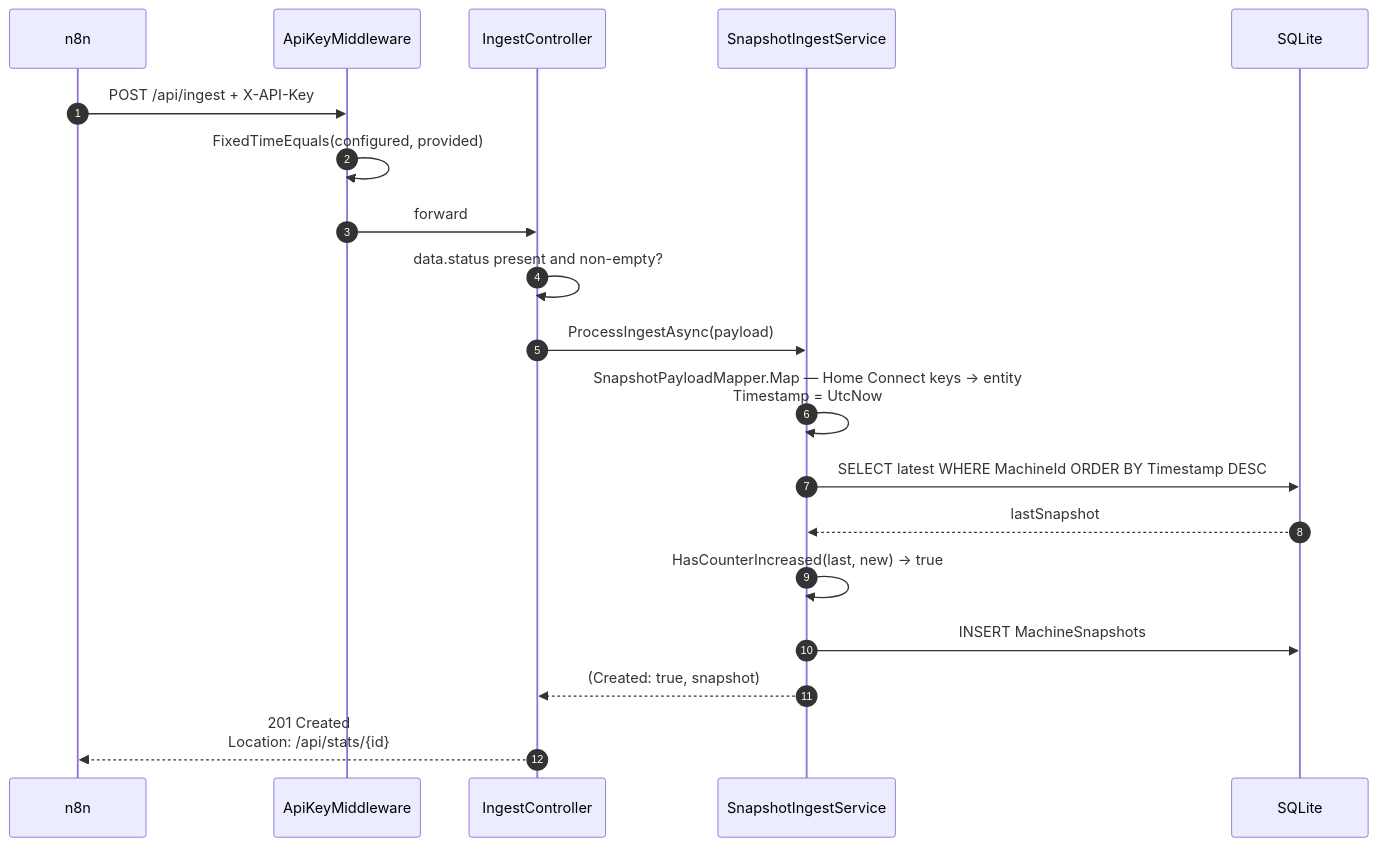
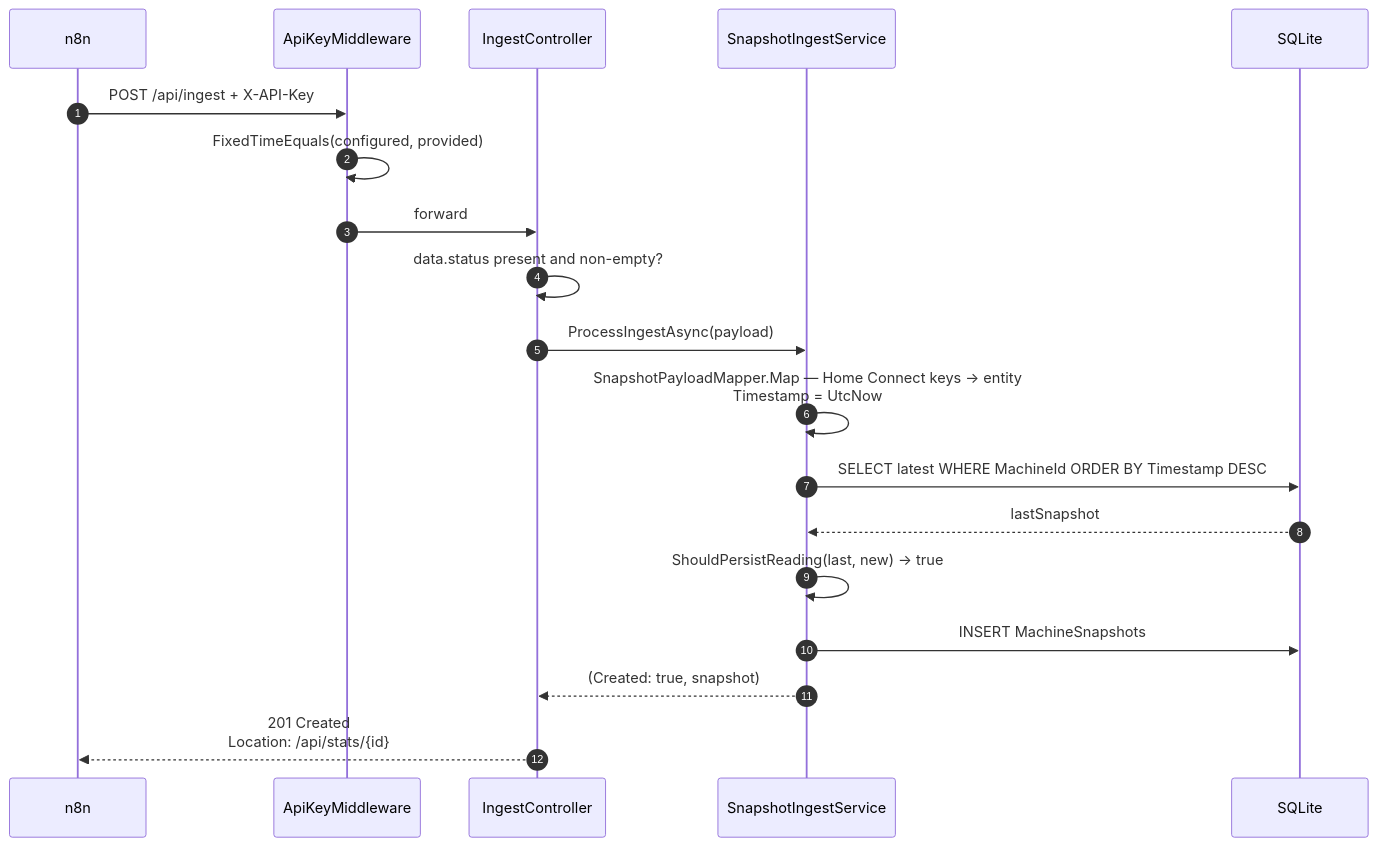
Before and after one commit to Gereon93/coffee: the first of 7 diagrams in doc/arc42/06-runtime.md, drawn with Mermaid. The commit also changed other lines of this file and 23 other files, not shown here.

````diff
--- a/doc/arc42/06-runtime.md
+++ b/doc/arc42/06-runtime.md
@@ -8,22 +8,22 @@
 ```mermaid
 sequenceDiagram
     autonumber
     participant N as n8n
     participant MW as ApiKeyMiddleware
     participant C as IngestController
     participant S as SnapshotIngestService
     participant DB as SQLite
 
     N->>MW: POST /api/ingest + X-API-Key
     MW->>MW: FixedTimeEquals(configured, provided)
     MW->>C: forward
     C->>C: data.status present and non-empty?
     C->>S: ProcessIngestAsync(payload)
     S->>S: SnapshotPayloadMapper.Map — Home Connect keys → entity<br/>Timestamp = UtcNow
     S->>DB: SELECT latest WHERE MachineId ORDER BY Timestamp DESC
     DB-->>S: lastSnapshot
-    S->>S: HasCounterIncreased(last, new) → true
+    S->>S: ShouldPersistReading(last, new) → true
     S->>DB: INSERT MachineSnapshots
     S-->>C: (Created: true, snapshot)
     C-->>N: 201 Created<br/>Location: /api/stats/{id}
 ```
````
